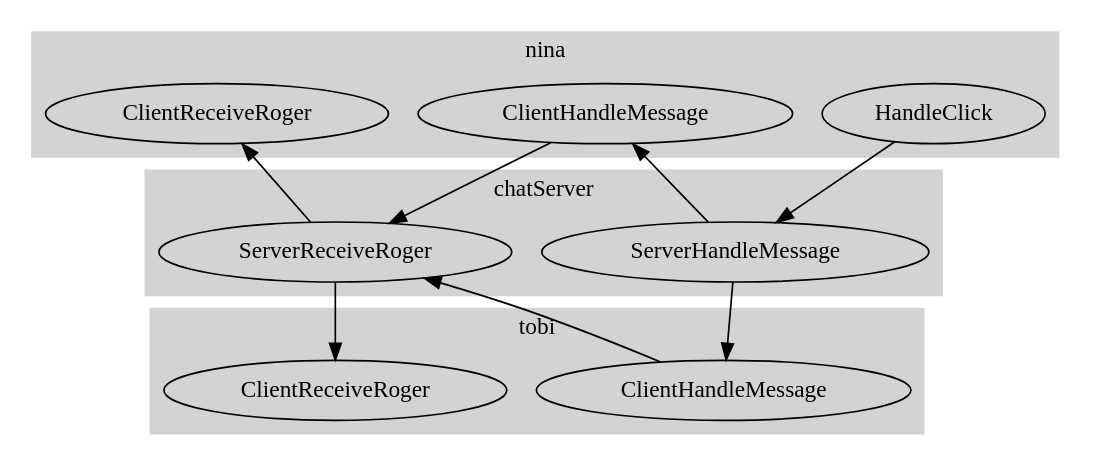
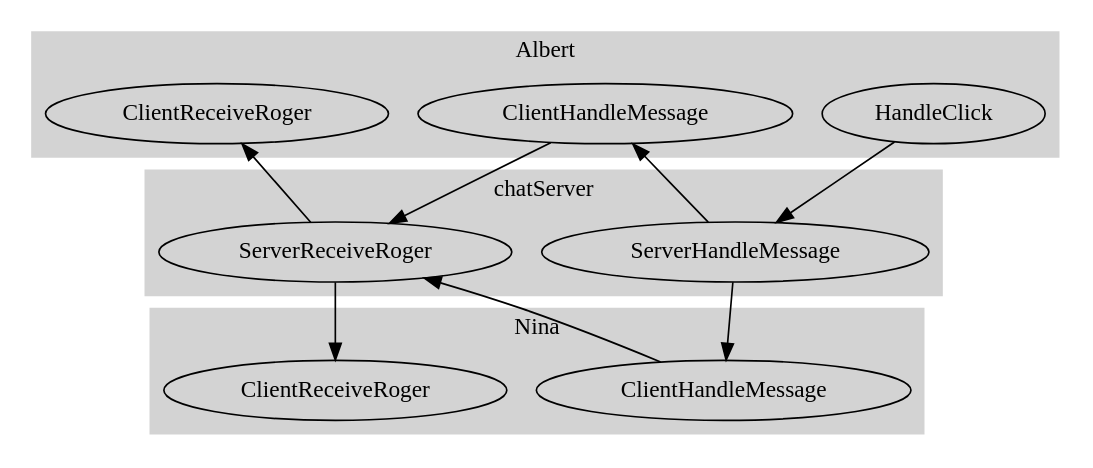
The diagram in doc/CSChatMessageFlow.dot (fujaba/SDMLib), drawn with Graphviz before and after one commit. The commit also changed 32 other files, not shown here.

```diff
--- a/doc/CSChatMessageFlow.dot
+++ b/doc/CSChatMessageFlow.dot
@@ -1,47 +1,44 @@
  digraph TaskFlowDiagram {
     
-    subgraph clusternina {
+    subgraph clusterAlbert {
     	rankdir="LR";
-    	labelpos=bottom;
     	style=filled;
 		color=lightgrey;
-        nina_HandleClick[label="HandleClick"];
-        nina_ClientHandleMessage[label="ClientHandleMessage"];
-        nina_ClientReceiveRoger[label="ClientReceiveRoger"];
+        Albert_HandleClick[label="HandleClick"];
+        Albert_ClientHandleMessage[label="ClientHandleMessage"];
+        Albert_ClientReceiveRoger[label="ClientReceiveRoger"];
 
-    	label = "nina";
+    	label = "Albert";
     }
     
     subgraph clusterchatServer {
     	rankdir="LR";
-    	labelpos=bottom;
     	style=filled;
 		color=lightgrey;
         chatServer_ServerHandleMessage[label="ServerHandleMessage"];
         chatServer_ServerReceiveRoger[label="ServerReceiveRoger"];
 
     	label = "chatServer";
     }
     
-    subgraph clustertobi {
+    subgraph clusterNina {
     	rankdir="LR";
-    	labelpos=bottom;
     	style=filled;
 		color=lightgrey;
-        tobi_ClientHandleMessage[label="ClientHandleMessage"];
-        tobi_ClientReceiveRoger[label="ClientReceiveRoger"];
+        Nina_ClientHandleMessage[label="ClientHandleMessage"];
+        Nina_ClientReceiveRoger[label="ClientReceiveRoger"];
 
-    	label = "tobi";
+    	label = "Nina";
     }
     
 
     
-    nina_HandleClick -> chatServer_ServerHandleMessage; 
-    chatServer_ServerHandleMessage -> nina_ClientHandleMessage; 
-    nina_ClientHandleMessage -> chatServer_ServerReceiveRoger; 
-    chatServer_ServerHandleMessage -> tobi_ClientHandleMessage; 
-    tobi_ClientHandleMessage -> chatServer_ServerReceiveRoger; 
-    chatServer_ServerReceiveRoger -> nina_ClientReceiveRoger; 
-    chatServer_ServerReceiveRoger -> tobi_ClientReceiveRoger; 
+    Albert_HandleClick -> chatServer_ServerHandleMessage; 
+    chatServer_ServerHandleMessage -> Nina_ClientHandleMessage; 
+    chatServer_ServerHandleMessage -> Albert_ClientHandleMessage; 
+    Albert_ClientHandleMessage -> chatServer_ServerReceiveRoger; 
+    Nina_ClientHandleMessage -> chatServer_ServerReceiveRoger; 
+    chatServer_ServerReceiveRoger -> Nina_ClientReceiveRoger; 
+    chatServer_ServerReceiveRoger -> Albert_ClientReceiveRoger; 
 
 }
```
